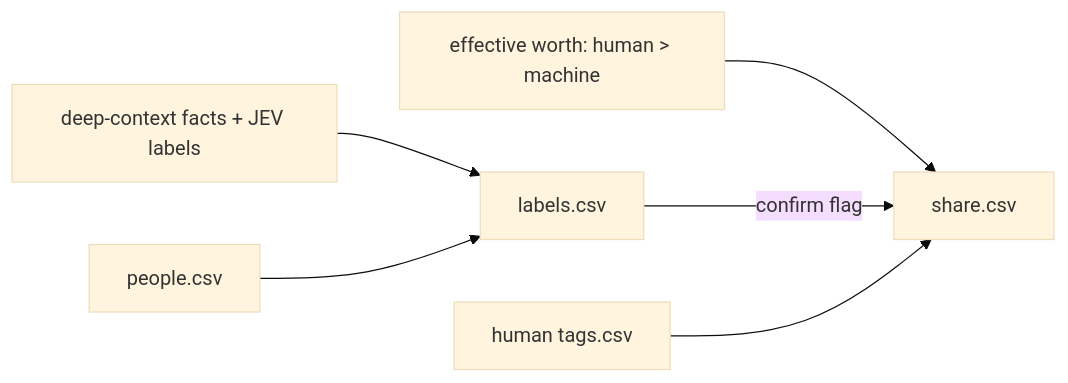
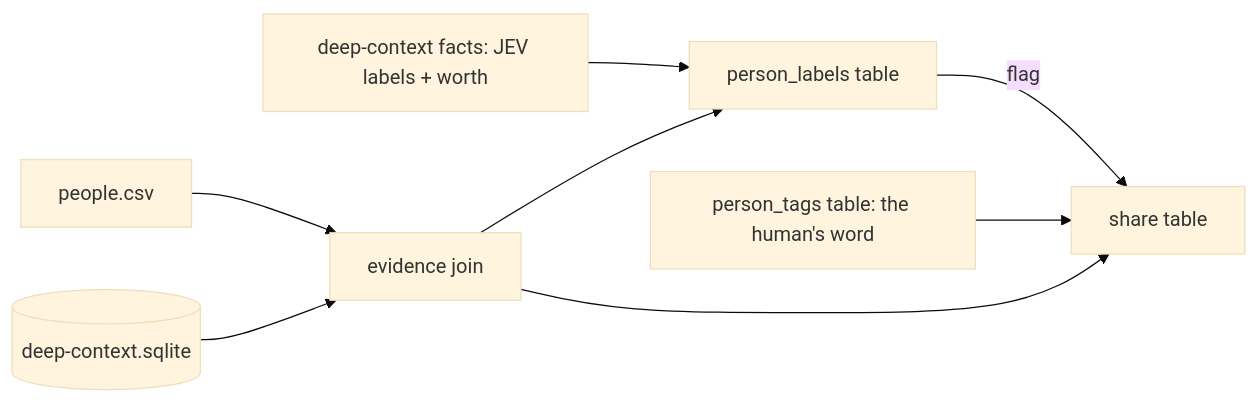
Before and after one commit to powerset-co/powerpacks: the diagram in packs/ingestion/primitives/share/README.md, drawn with Mermaid (base theme). The commit also changed other lines of this file and 31 other files, not shown here.

First line of the commit message:
refactor(share)!: move labels, tags and the share list into the SQLite store

````diff
--- a/packs/ingestion/primitives/share/README.md
+++ b/packs/ingestion/primitives/share/README.md
@@ -6,8 +8,10 @@
 ```mermaid
 flowchart LR
-  F[deep-context facts + JEV labels] --> L[labels.csv]
-  P[people.csv] --> L
-  W[effective worth: human > machine] --> S[share.csv]
-  L -->|confirm flag| S
-  T[human tags.csv] --> S
+  F[deep-context facts: JEV labels + worth] --> PL[person_labels table]
+  P[people.csv] --> E[evidence join]
+  DB[(deep-context.sqlite)] --> E
+  E --> PL
+  E --> S[share table]
+  T[person_tags table: the human's word] --> S
+  PL -->|flag| S
 ```
````
